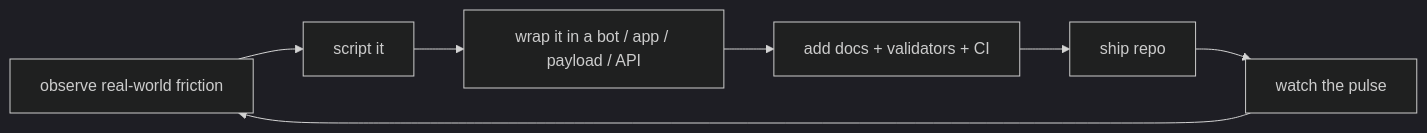
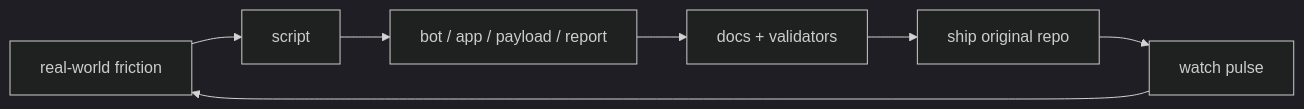
The diagram in README.md (ooovenenoso/ooovenenoso), drawn with Mermaid (dark theme) before and after one commit. The commit also changed other lines of this file, not shown here.

Commit message:
Clarify original repos versus forks

````diff
--- a/README.md
+++ b/README.md
@@ -143,9 +145,9 @@
 ```mermaid
 flowchart LR
-    A[observe real-world friction] --> B[script it]
-    B --> C[wrap it in a bot / app / payload / API]
-    C --> D[add docs + validators + CI]
-    D --> E[ship repo]
-    E --> F[watch the pulse]
+    A[real-world friction] --> B[script]
+    B --> C[bot / app / payload / report]
+    C --> D[docs + validators]
+    D --> E[ship original repo]
+    E --> F[watch pulse]
     F --> A
 ```
````
